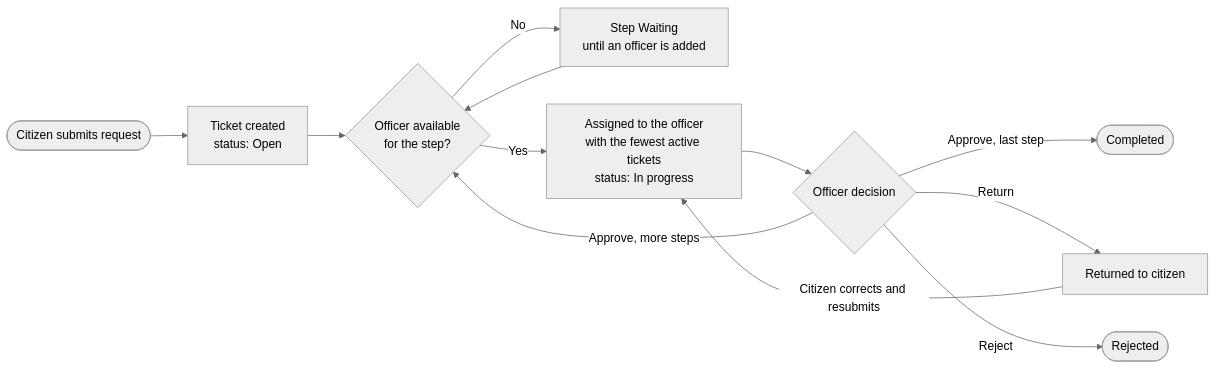
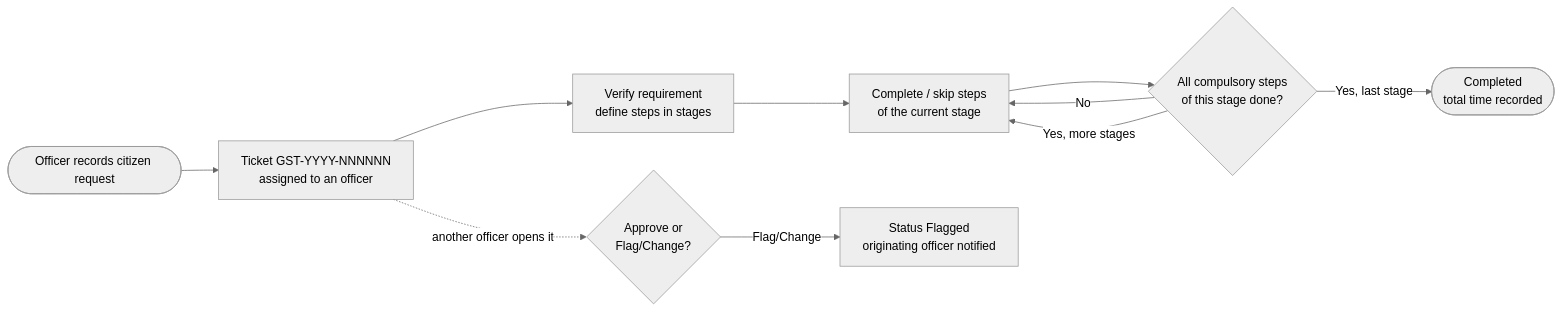
The first of 3 diagrams in GSTS/README.md (NaradaJ/Project_3), drawn with Mermaid (neutral theme) before and after one commit. The commit also changed other lines of this file and 73 other files, not shown here.

````diff
--- a/GSTS/README.md
+++ b/GSTS/README.md
@@ -104,14 +64,12 @@
 ```mermaid
 flowchart LR
-    A([Citizen submits request]) --> B[Ticket created<br/>status: Open]
-    B --> C{Officer available<br/>for the step?}
-    C -- No --> W[Step Waiting<br/>until an officer is added]
-    W --> C
-    C -- Yes --> D[Assigned to the officer<br/>with the fewest active tickets<br/>status: In progress]
-    D --> E{Officer decision}
-    E -- Approve, more steps --> C
-    E -- Approve, last step --> F([Completed])
-    E -- Return --> G[Returned to citizen]
-    G -- Citizen corrects and resubmits --> D
-    E -- Reject --> H([Rejected])
+    A([Officer records citizen request]) --> B[Ticket GST-YYYY-NNNNNN<br/>assigned to an officer]
+    B --> C[Verify requirement<br/>define steps in stages]
+    C --> D[Complete / skip steps<br/>of the current stage]
+    D --> E{All compulsory steps<br/>of this stage done?}
+    E -- No --> D
+    E -- Yes, more stages --> D
+    E -- Yes, last stage --> F([Completed<br/>total time recorded])
+    B -. another officer opens it .-> R{Approve or<br/>Flag/Change?}
+    R -- Flag/Change --> N[Status Flagged<br/>originating officer notified]
 ```
````
